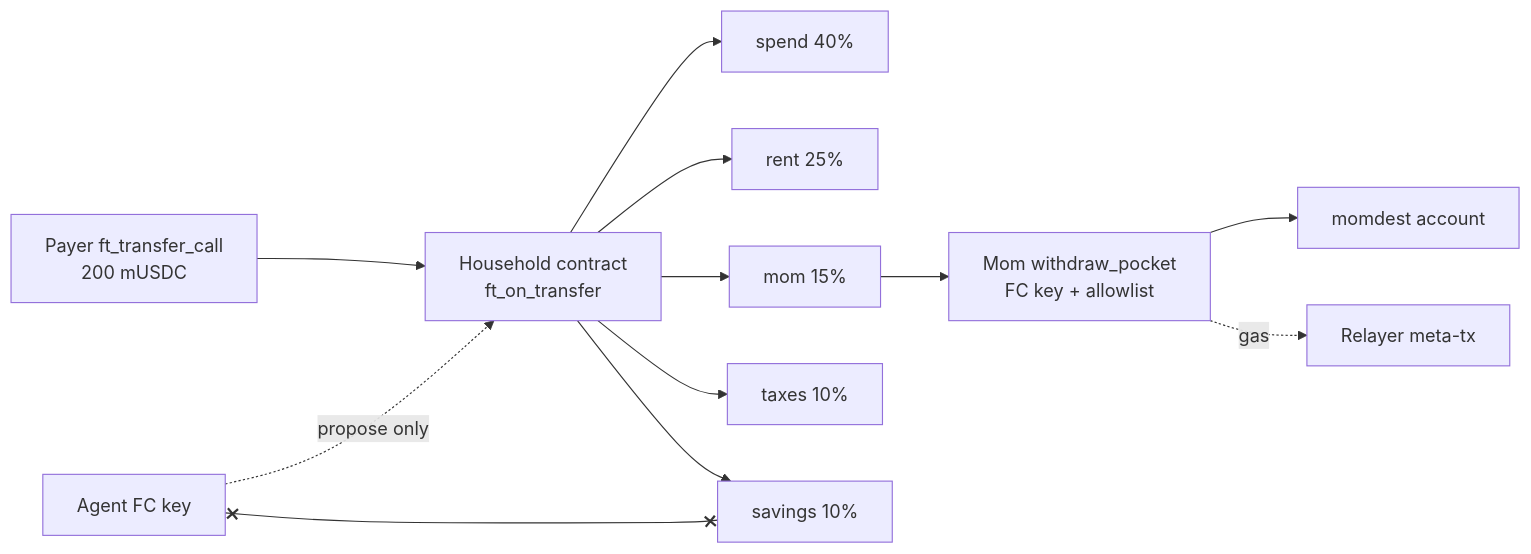
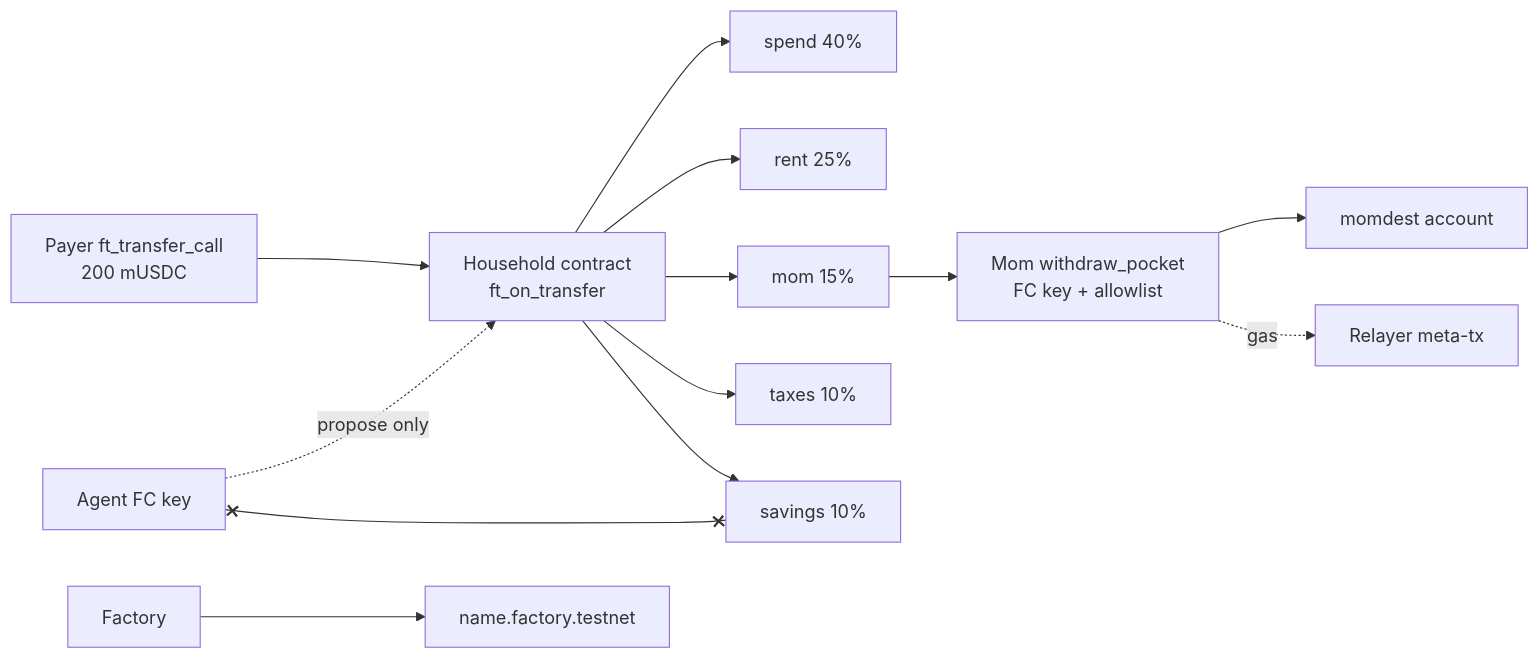
One commit to tuneupargentina/bolsillos changed the diagram in README.md. Above: the diagram before and after it, drawn with Mermaid. The commit also changed other lines of this file and 32 other files, not shown here.

First line of the commit message:
feat: Wallet Selector web + household factory on testnet

````diff
--- a/README.md
+++ b/README.md
@@ -39,14 +50,15 @@
 ```mermaid
 flowchart LR
   Pay["Payer ft_transfer_call\n200 mUSDC"] --> House["Household contract\nft_on_transfer"]
   House --> S["spend 40%"]
   House --> R["rent 25%"]
   House --> M["mom 15%"]
   House --> T["taxes 10%"]
   House --> V["savings 10%"]
   M --> W["Mom withdraw_pocket\nFC key + allowlist"]
   W --> Dest["momdest account"]
   W -. gas .-> Relayer["Relayer meta-tx"]
   Agent["Agent FC key"] -. propose only .-> House
   Agent x--x V
+  Factory["Factory"] --> House2["name.factory.testnet"]
 ```
````
